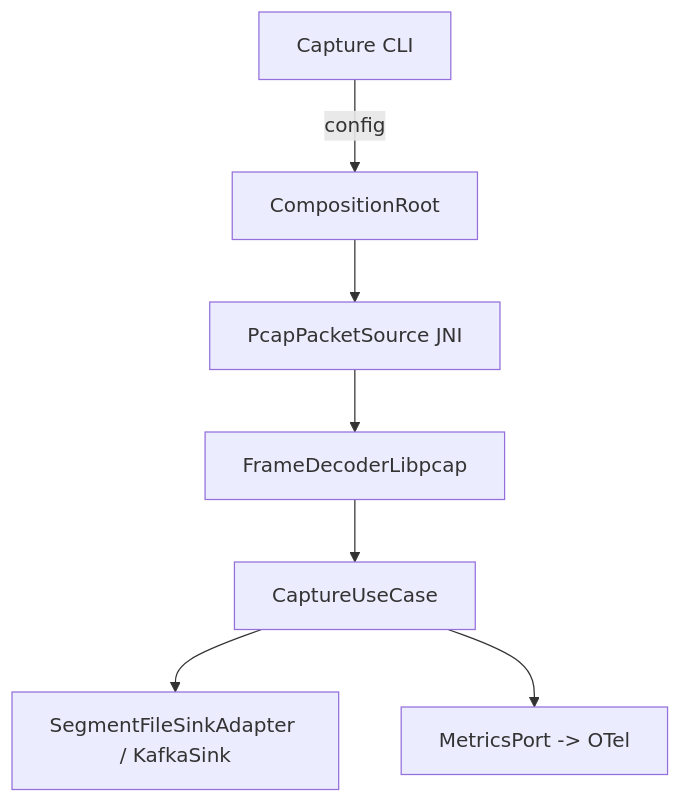
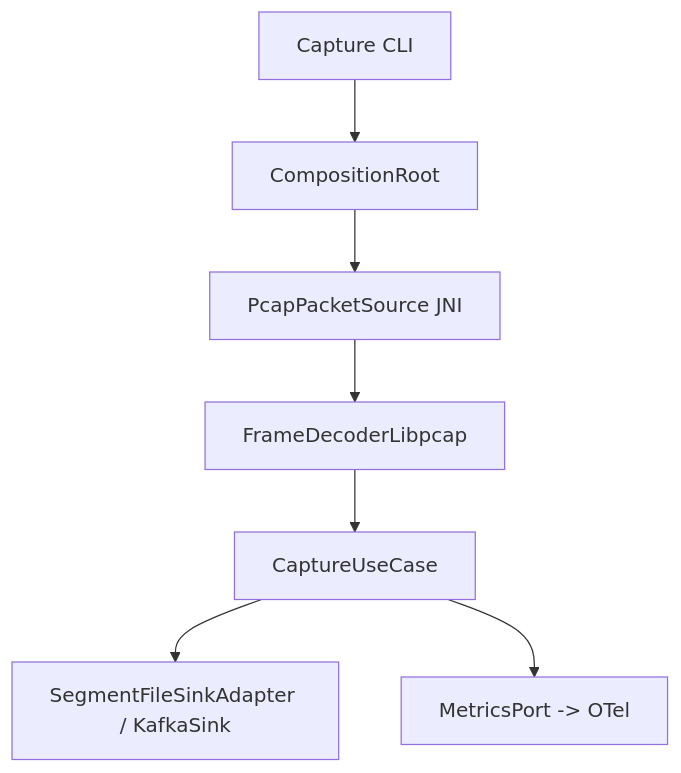
Before and after one commit to andrew-reid-cra/test-code: the first of 9 diagrams in docs/ARCHITECTURE.md, drawn with Mermaid.

Commit message:
docs: final fix to architecture

````diff
--- a/docs/ARCHITECTURE.md
+++ b/docs/ARCHITECTURE.md
@@ -45,9 +45,9 @@
 ```mermaid
 flowchart TD
-  CLI[Capture CLI] -->|config| CompositionRoot
+  CLI[Capture CLI] --> CompositionRoot
   CompositionRoot --> PcapJNI[PcapPacketSource JNI]
   PcapJNI --> FrameDecoderLibpcap[FrameDecoderLibpcap]
   FrameDecoderLibpcap --> CaptureUseCase
   CaptureUseCase --> SegmentSink["SegmentFileSinkAdapter / KafkaSink"]
   CaptureUseCase --> Metrics["MetricsPort -> OTel"]
 ```
````
